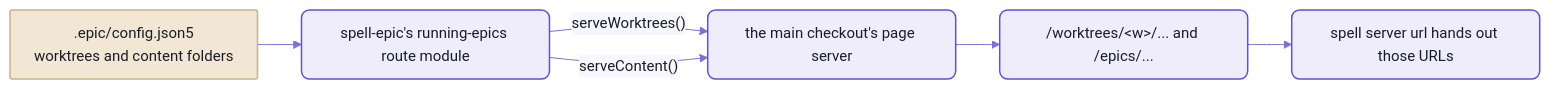
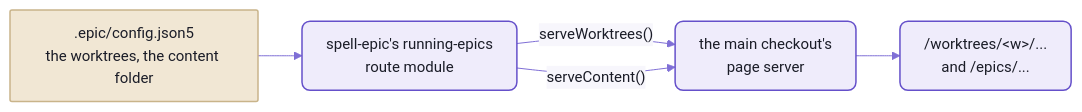
One commit to spell-app/spell changed the fifth of 6 diagrams in README-server.md. Above: the diagram before and after it, drawn with Mermaid. The commit also changed other lines of this file and 12 other files, not shown here.

````diff
--- a/README-server.md
+++ b/README-server.md
@@ -146,13 +318,14 @@
 ```mermaid
 %%{init: {"theme":"base","themeVariables":{"fontFamily":"-apple-system, BlinkMacSystemFont, Segoe UI, Helvetica, Arial, sans-serif","fontSize":"15px","primaryColor":"#EFECFB","primaryBorderColor":"#6550CA","primaryTextColor":"#1A1C27","secondaryColor":"#F4F1E9","tertiaryColor":"#F7F6FC","lineColor":"#7F6FD6","textColor":"#7F6FD6","clusterBkg":"#F7F6FC","clusterBorder":"#B9B0E8","titleColor":"#1A1C27","edgeLabelBackground":"#F7F6FC","actorBkg":"#EFECFB","actorBorder":"#6550CA","actorTextColor":"#1A1C27","actorLineColor":"#9C90DE","signalColor":"#7F6FD6","signalTextColor":"#7F6FD6","labelBoxBkgColor":"#EFECFB","labelBoxBorderColor":"#6550CA","labelTextColor":"#1A1C27","loopTextColor":"#7F6FD6","noteBkgColor":"#F1E7D4","noteBorderColor":"#C9B48A","noteTextColor":"#1A1C27","activationBkgColor":"#DCD6F7","activationBorderColor":"#6550CA","sequenceNumberColor":"#FFFFFF"},"flowchart":{"curve":"basis","padding":12,"nodeSpacing":40,"rankSpacing":44}}}%%
 flowchart LR
-  config[".epic/config.json5<br/>worktrees and content folders"] --> module[spell-epic's running-epics route module]
-  module -- "serveWorktrees()" --> server[the main checkout's page server]
+  config[".epic/config.json5<br/>the worktrees, the content folder"]
+  module["spell-epic's running-epics<br/>route module"]
+  config --> module
+  module -- "serveWorktrees()" --> server["the main checkout's<br/>page server"]
   module -- "serveContent()" --> server
-  server --> urls["/worktrees/&lt;w&gt;/... and /epics/..."]
-  urls --> opener["spell server url hands out those URLs"]
+  server --> urls["/worktrees/&lt;w&gt;/...<br/>and /epics/..."]
   %% the Spell look:  yarn mermaid:pretty
   classDef default fill:#EFECFB,stroke:#6550CA,stroke-width:1.5px,color:#1A1C27,rx:8px,ry:8px
   classDef data fill:#F1E7D4,stroke:#C9B48A,stroke-width:1.5px,color:#1A1C27,rx:2px,ry:2px
   class config data
 ```
````
